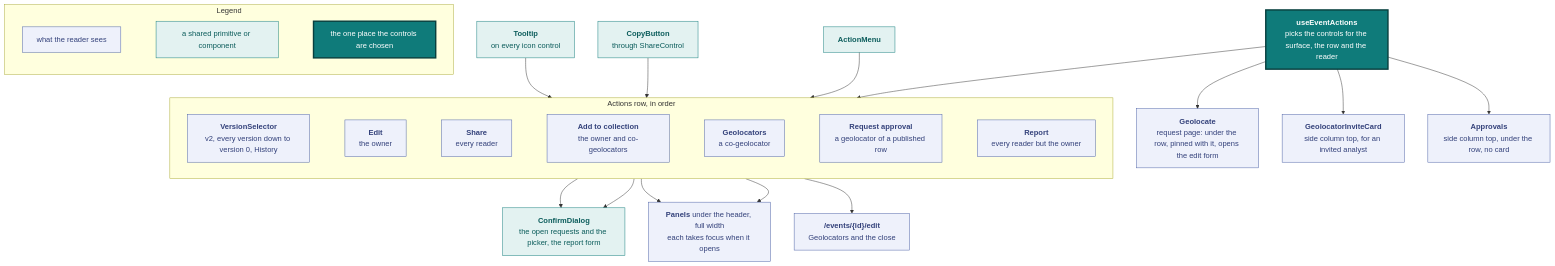
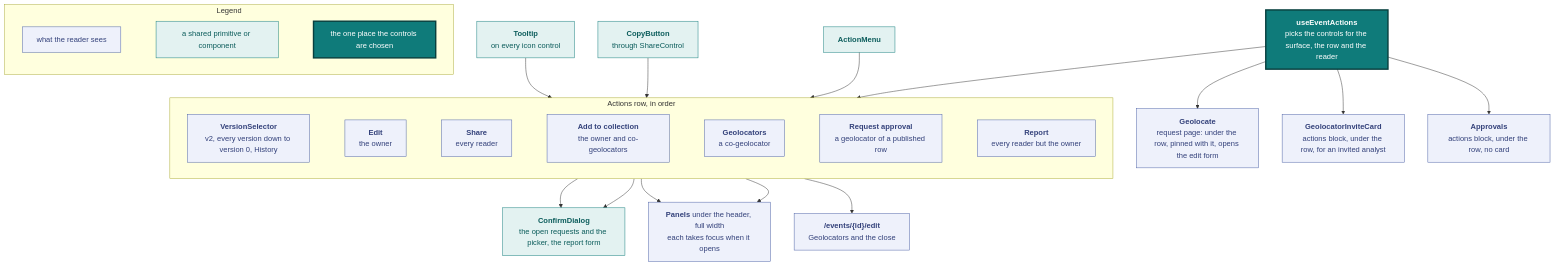
The eighth of 15 diagrams in docs/design.md (vidithq/vidit), drawn with Mermaid before and after one commit. The commit also changed other lines of this file and 20 other files, not shown here.

First line of the commit message:
feat(frontend): reduce the event shell to a title, an actions block and a body

````diff
--- a/docs/design.md
+++ b/docs/design.md
@@ -833,67 +836,67 @@
 ```mermaid
 flowchart TB
   classDef spec fill:#eef1fb,stroke:#4a5fa5,color:#33417a
   classDef shared fill:#e3f2f1,stroke:#0f7b7a,color:#0b5c5b
   classDef core fill:#0f7b7a,stroke:#083f3e,stroke-width:3px,color:#ffffff
 
   subgraph legend [Legend]
     direction LR
     l1["`what the reader sees`"]:::spec
     l2["`a shared primitive or component`"]:::shared
     l3["`the one place the controls are chosen`"]:::core
     l1 ~~~ l2 ~~~ l3
   end
 
   hook["`**useEventActions**
   picks the controls for the surface, the row and the reader`"]:::core
 
   subgraph header [Actions row, in order]
     direction LR
     versions["`**VersionSelector**
     v2, every version down to version 0, History`"]:::spec
     edit["`**Edit**
     the owner`"]:::spec
     share["`**Share**
     every reader`"]:::spec
     collect["`**Add to collection**
     the owner and co-geolocators`"]:::spec
     credit["`**Geolocators**
     a co-geolocator`"]:::spec
     ask["`**Request approval**
     a geolocator of a published row`"]:::spec
     report["`**Report**
     every reader but the owner`"]:::spec
     versions ~~~ edit ~~~ share ~~~ collect ~~~ credit ~~~ ask ~~~ report
   end
 
   menu["`**ActionMenu**`"]:::shared
   copy["`**CopyButton**
   through ShareControl`"]:::shared
   tooltip["`**Tooltip**
   on every icon control`"]:::shared
   editpage["`**/events/{id}/edit**
   Geolocators and the close`"]:::spec
   panels["`**Panels** under the header, full width
   each takes focus when it opens`"]:::spec
   invite["`**GeolocatorInviteCard**
-  side column top, for an invited analyst`"]:::spec
+  actions block, under the row, for an invited analyst`"]:::spec
   approvals["`**Approvals**
-  side column top, under the row, no card`"]:::spec
+  actions block, under the row, no card`"]:::spec
   dialog["`**ConfirmDialog**
   the open requests and the picker, the report form`"]:::shared
   geolocate["`**Geolocate**
   request page: under the row, pinned with it, opens the edit form`"]:::spec
 
   hook --> header
   hook --> approvals
   hook --> invite
   hook --> geolocate
   menu --> versions
   copy --> share
   tooltip --> header
   edit --> editpage
   collect --> panels
   credit --> panels
   ask --> dialog
   report --> dialog
 ```
````
